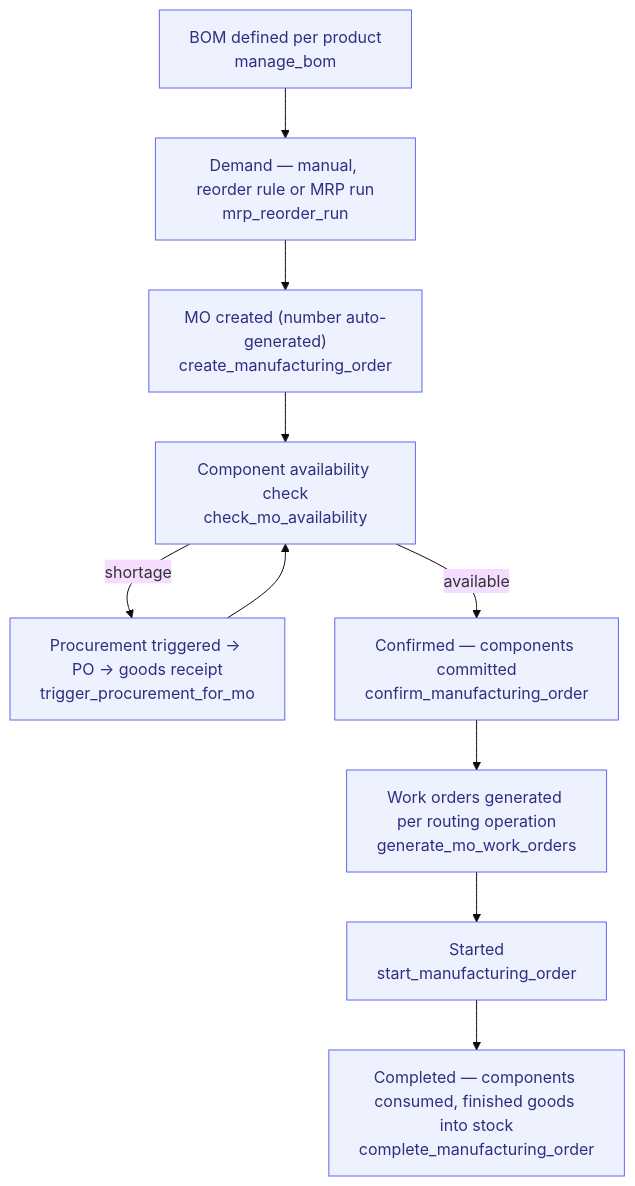
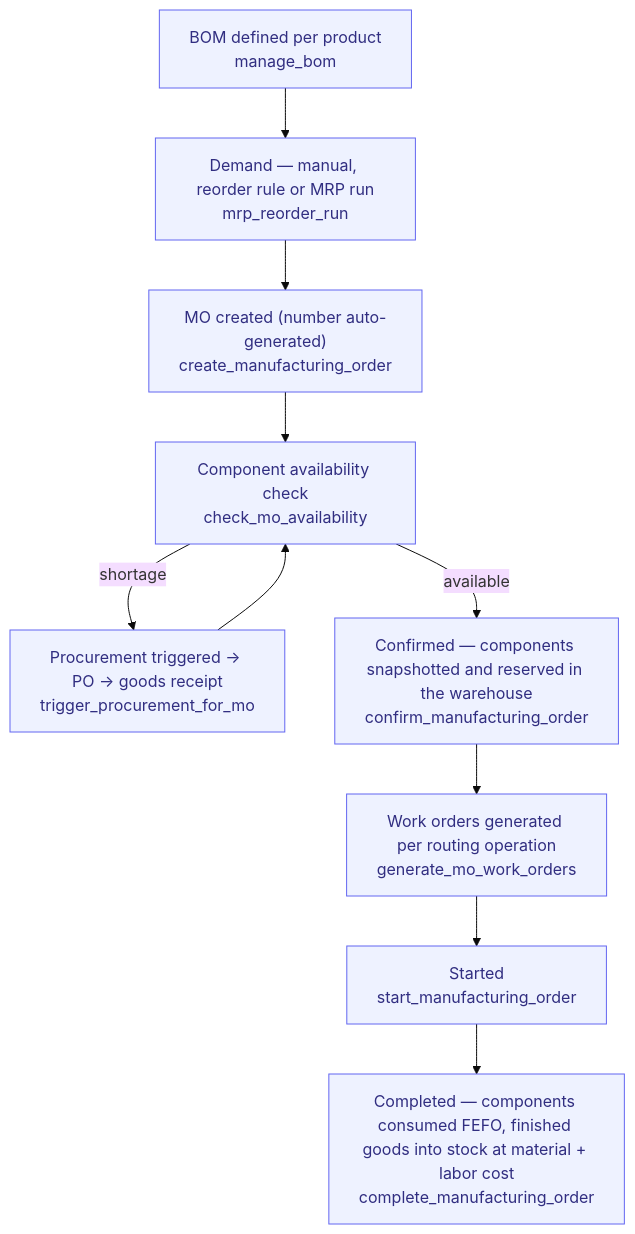
The diagram in docs/processes/plan-to-produce.md (flowwink/flowwink), drawn with Mermaid (base theme) before and after one commit. The commit also changed other lines of this file and 11 other files, not shown here.

````diff
--- a/docs/processes/plan-to-produce.md
+++ b/docs/processes/plan-to-produce.md
@@ -33,16 +33,16 @@
 ```mermaid
 flowchart TD
     A["BOM defined per product<br/>manage_bom"]
     A --> B["Demand — manual, reorder rule or MRP run<br/>mrp_reorder_run"]
     B --> C["MO created (number auto-generated)<br/>create_manufacturing_order"]
     C --> D["Component availability check<br/>check_mo_availability"]
     D -->|shortage| E["Procurement triggered → PO → goods receipt<br/>trigger_procurement_for_mo"]
     E --> D
-    D -->|available| F["Confirmed — components committed<br/>confirm_manufacturing_order"]
+    D -->|available| F["Confirmed — components snapshotted and reserved in the warehouse<br/>confirm_manufacturing_order"]
     F --> G["Work orders generated per routing operation<br/>generate_mo_work_orders"]
     G --> H["Started<br/>start_manufacturing_order"]
-    H --> I["Completed — components consumed, finished goods into stock<br/>complete_manufacturing_order"]
+    H --> I["Completed — components consumed FEFO, finished goods into stock at material + labor cost<br/>complete_manufacturing_order"]
 
     classDef agent fill:#eef2ff,stroke:#6366f1,color:#312e81;
     class A,B,C,D,E,F,G,H,I agent
 ```
````
